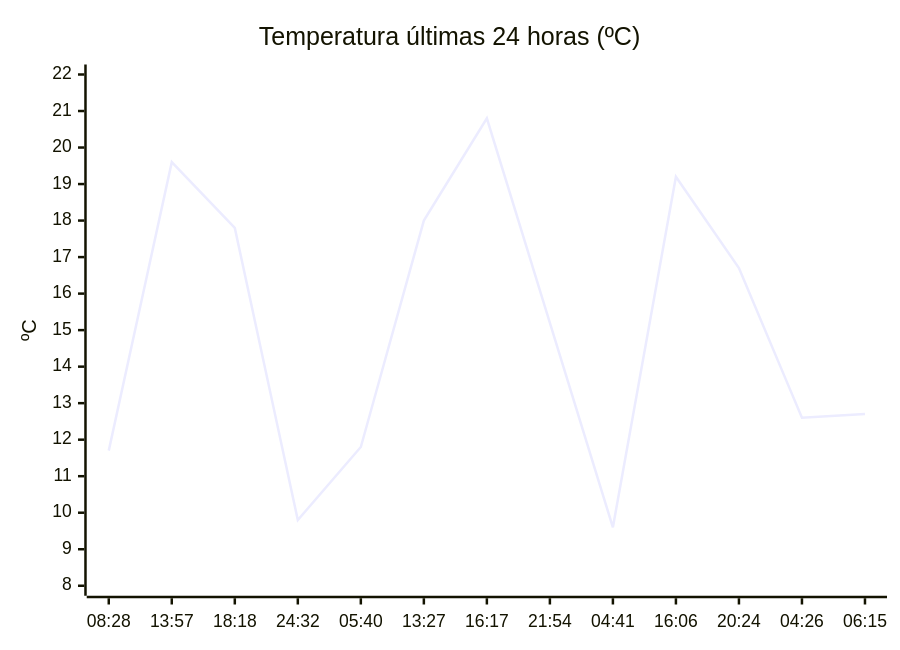
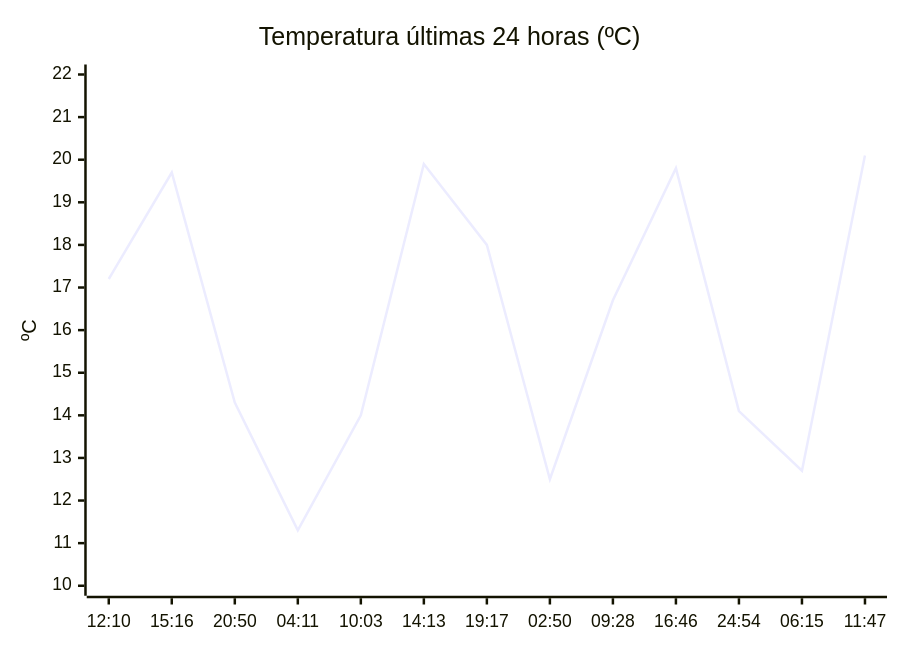
One commit to solidsnk86/rem-scrap changed the diagram in README.md. Above: the diagram before and after it, drawn with Mermaid. The commit also changed other lines of this file, not shown here.

````diff
--- a/README.md
+++ b/README.md
@@ -32,7 +32,7 @@
 ```mermaid
 xychart-beta
     title "Temperatura últimas 24 horas (ºC)"
-    x-axis ["08:28", "13:57", "18:18", "24:32", "05:40", "13:27", "16:17", "21:54", "04:41", "16:06", "20:24", "04:26", "06:15"]
-    y-axis "ºC" 8 --> 22
-    line [11.7, 19.6, 17.8, 9.8, 11.8, 18, 20.8, 15.2, 9.6, 19.2, 16.7, 12.6, 12.7]
+    x-axis ["12:10", "15:16", "20:50", "04:11", "10:03", "14:13", "19:17", "02:50", "09:28", "16:46", "24:54", "06:15", "11:47"]
+    y-axis "ºC" 10 --> 22
+    line [17.2, 19.7, 14.3, 11.3, 14, 19.9, 18, 12.5, 16.7, 19.8, 14.1, 12.7, 20.1]
 ```
````
